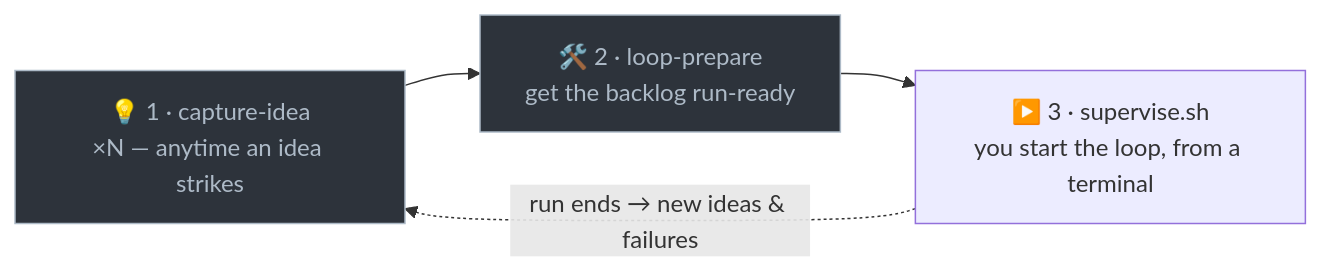
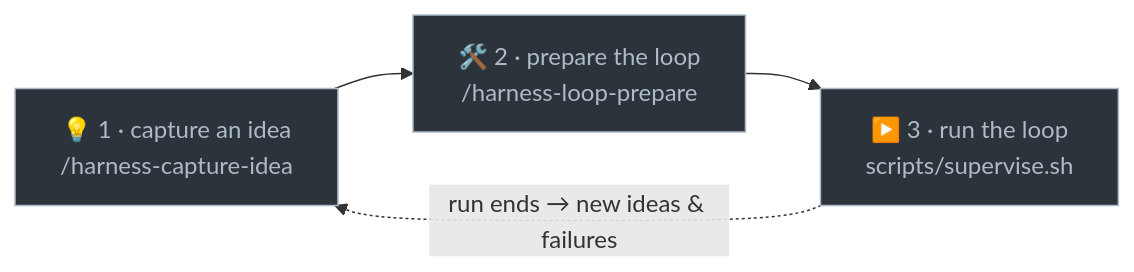
One commit to RyanMKrol/claude-skills changed the diagram in plugins/implementation-harness/README.md. Above: the diagram before and after it, drawn with Mermaid. The commit also changed other lines of this file and 1 other file, not shown here.

First line of the commit message:
implementation-harness: slim the plugin README to a landing page (1.98.1 -> 1.98.2)

````diff
--- a/plugins/implementation-harness/README.md
+++ b/plugins/implementation-harness/README.md
@@ -29,8 +13,8 @@
 ```mermaid
 flowchart LR
-    A["💡 1 · capture-idea<br/>×N — anytime an idea strikes"] --> P["🛠️ 2 · loop-prepare<br/>get the backlog run-ready"]
-    P --> S["▶️ 3 · supervise.sh<br/>you start the loop, from a terminal"]
+    A["💡 1 · capture an idea<br/>/harness-capture-idea"] --> P["🛠️ 2 · prepare the loop<br/>/harness-loop-prepare"]
+    P --> S["▶️ 3 · run the loop<br/>scripts/supervise.sh"]
     S -.->|"run ends → new ideas & failures"| A
     classDef human fill:#2d333b,stroke:#adbac7,color:#adbac7;
-    class A,P human;
+    class A,P,S human;
 ```
````
